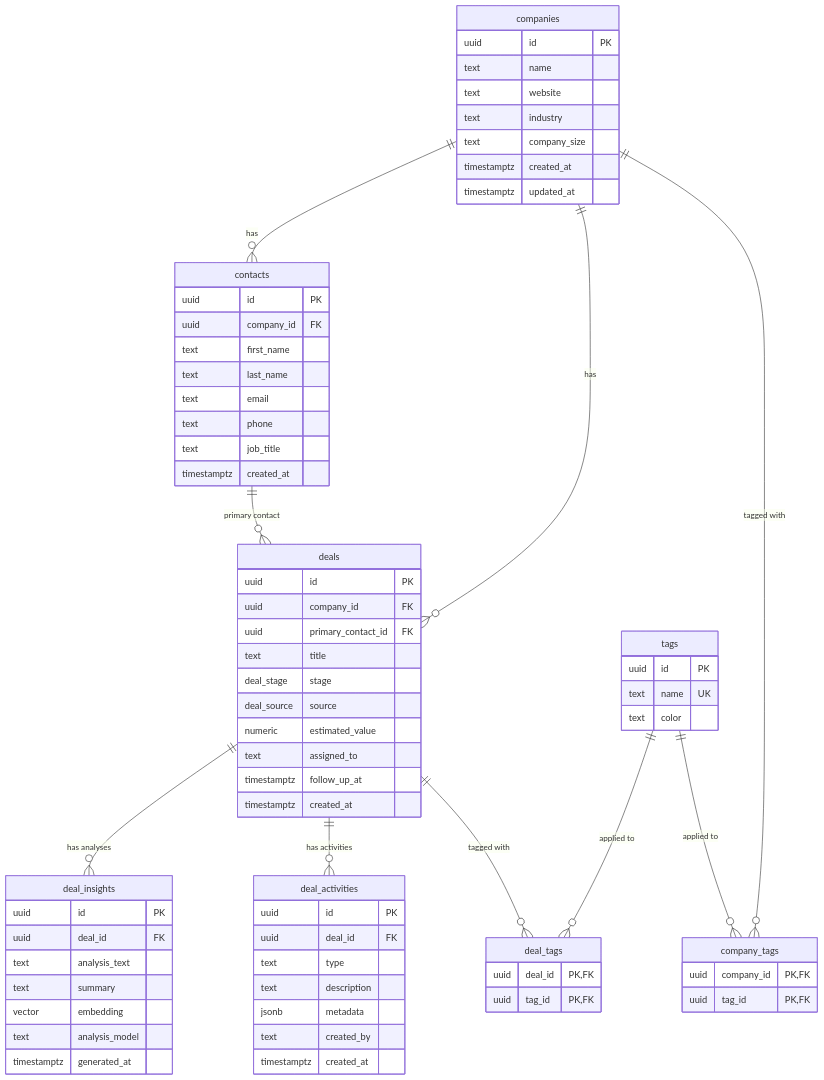
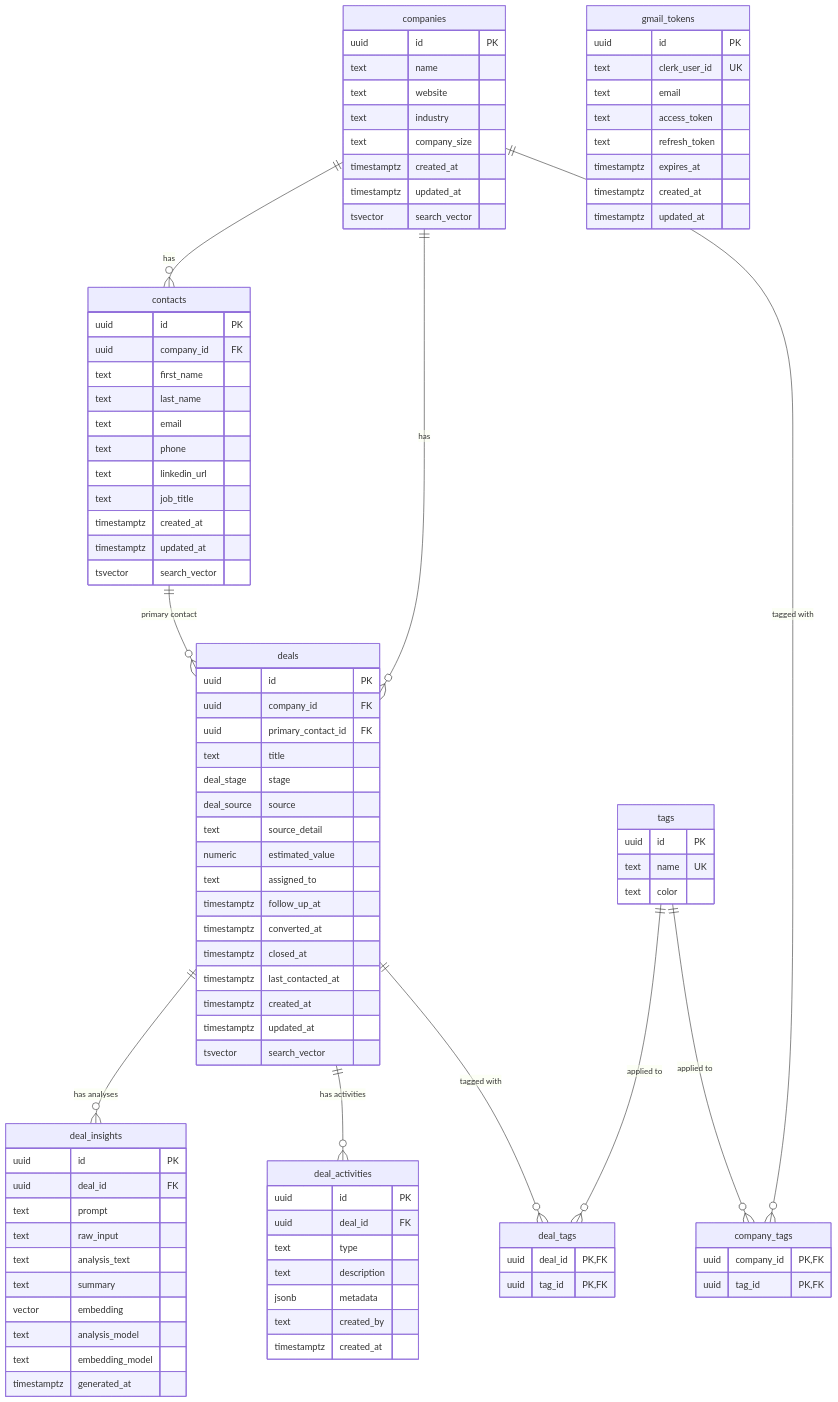
Before and after one commit to wenindoubt/admin.wenindoubt.com: the diagram in docs/data-model.md, drawn with Mermaid. The commit also changed other lines of this file and 15 other files, not shown here.

```diff
--- a/docs/data-model.md
+++ b/docs/data-model.md
@@ -12,6 +12,7 @@
         text company_size
         timestamptz created_at
         timestamptz updated_at
+        tsvector search_vector
     }
     contacts {
         uuid id PK
@@ -20,8 +21,11 @@
         text last_name
         text email
         text phone
+        text linkedin_url
         text job_title
         timestamptz created_at
+        timestamptz updated_at
+        tsvector search_vector
     }
     deals {
         uuid id PK
@@ -30,18 +34,27 @@
         text title
         deal_stage stage
         deal_source source
+        text source_detail
         numeric estimated_value
         text assigned_to
         timestamptz follow_up_at
+        timestamptz converted_at
+        timestamptz closed_at
+        timestamptz last_contacted_at
         timestamptz created_at
+        timestamptz updated_at
+        tsvector search_vector
     }
     deal_insights {
         uuid id PK
         uuid deal_id FK
+        text prompt
+        text raw_input
         text analysis_text
         text summary
         vector embedding
         text analysis_model
+        text embedding_model
         timestamptz generated_at
     }
     deal_activities {
@@ -66,6 +79,16 @@
         uuid company_id PK,FK
         uuid tag_id PK,FK
     }
+    gmail_tokens {
+        uuid id PK
+        text clerk_user_id UK
+        text email
+        text access_token
+        text refresh_token
+        timestamptz expires_at
+        timestamptz created_at
+        timestamptz updated_at
+    }
 
     companies ||--o{ contacts : "has"
     companies ||--o{ deals : "has"
```
